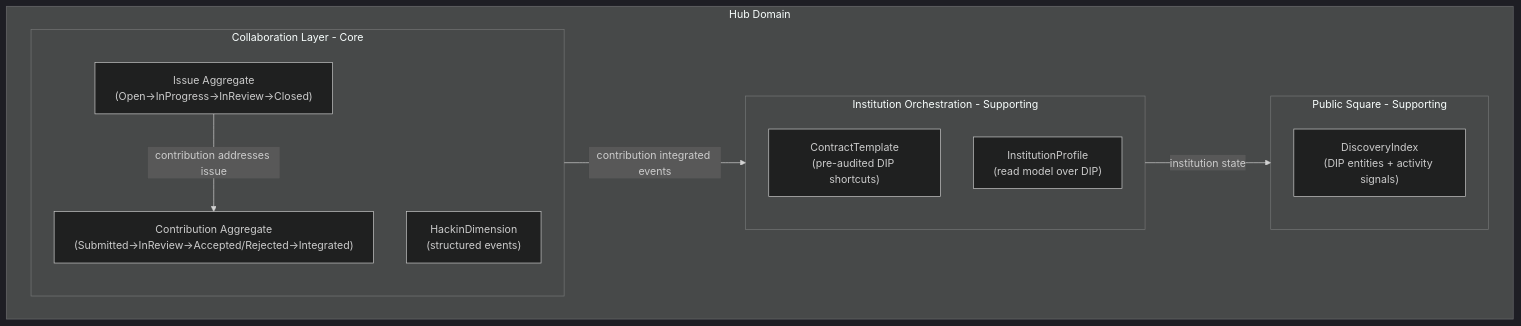
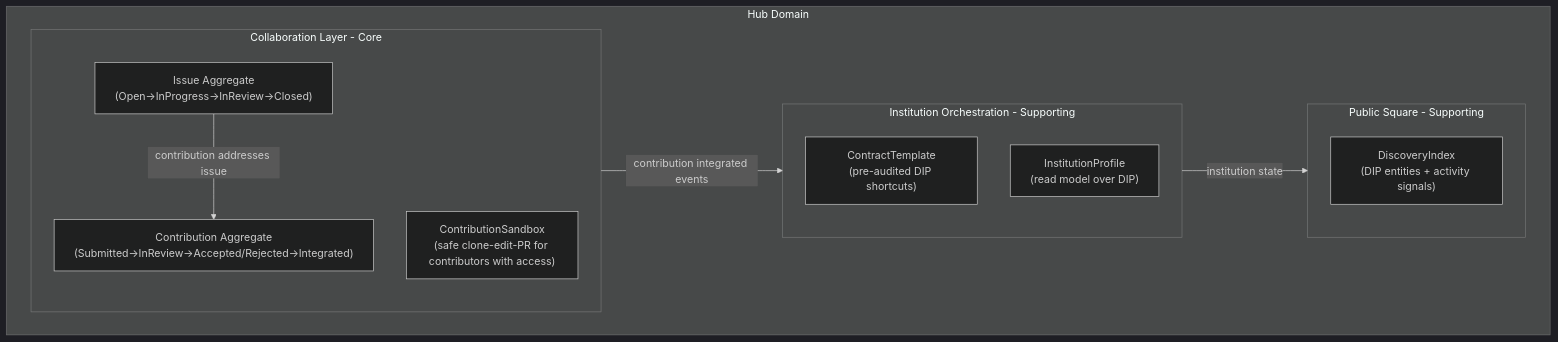
One commit to syntropy-cc/syntropy-platform changed the second of 4 diagrams in docs/architecture/domains/hub/ARCHITECTURE.md. Above: the diagram before and after it, drawn with Mermaid (dark theme). The commit also changed other lines of this file and 10 other files, not shown here.

````diff
--- a/docs/architecture/domains/hub/ARCHITECTURE.md
+++ b/docs/architecture/domains/hub/ARCHITECTURE.md
@@ -109,21 +109,21 @@
 ```mermaid
 graph TB
     subgraph hubBoundary [Hub Domain]
         subgraph collabLayer [Collaboration Layer - Core]
             ISSUE_AGG["Issue Aggregate\n(Open→InProgress→InReview→Closed)"]
             CONTRIBUTION_AGG["Contribution Aggregate\n(Submitted→InReview→Accepted/Rejected→Integrated)"]
-            HACKIN_DIM["HackinDimension\n(structured events)"]
+            CONTRIB_SANDBOX["ContributionSandbox\n(safe clone-edit-PR for contributors with access)"]
             ISSUE_AGG -->|"contribution addresses issue"| CONTRIBUTION_AGG
         end
         subgraph instOrch [Institution Orchestration - Supporting]
             CONTRACT_TEMPLATE["ContractTemplate\n(pre-audited DIP shortcuts)"]
             INST_PROFILE["InstitutionProfile\n(read model over DIP)"]
         end
         subgraph publicSquare [Public Square - Supporting]
             DISCOVERY_INDEX["DiscoveryIndex\n(DIP entities + activity signals)"]
         end
 
         collabLayer -->|"contribution integrated events"| instOrch
         instOrch -->|"institution state"| publicSquare
     end
 ```
````
